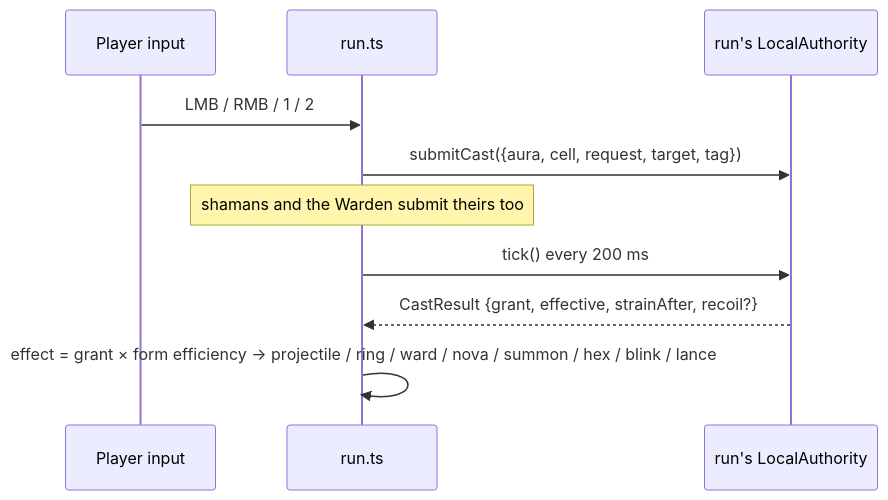
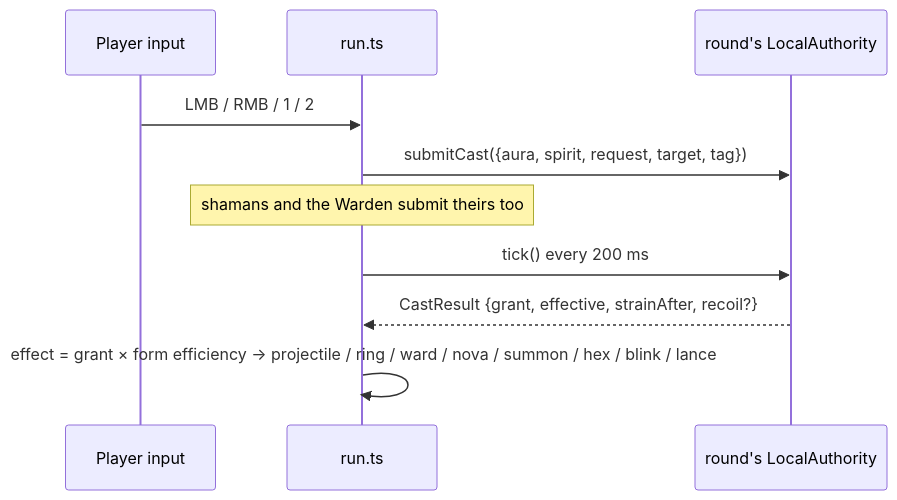
One commit to rranshous/context-games changed the fourth of 4 diagrams in games/truenames/docs/10-architecture.md. Above: the diagram before and after it, drawn with Mermaid. The commit also changed other lines of this file and 34 other files, not shown here.

````diff
--- a/games/truenames/docs/10-architecture.md
+++ b/games/truenames/docs/10-architecture.md
@@ -131,12 +160,12 @@
 ```mermaid
 sequenceDiagram
   participant P as Player input
   participant Run as run.ts
-  participant Auth as run's LocalAuthority
+  participant Auth as round's LocalAuthority
   P->>Run: LMB / RMB / 1 / 2
-  Run->>Auth: submitCast({aura, cell, request, target, tag})
+  Run->>Auth: submitCast({aura, spirit, request, target, tag})
   Note over Run: shamans and the Warden submit theirs too
   Run->>Auth: tick() every 200 ms
   Auth-->>Run: CastResult {grant, effective, strainAfter, recoil?}
   Run->>Run: effect = grant × form efficiency → projectile / ring / ward / nova / summon / hex / blink / lance
 ```
````
